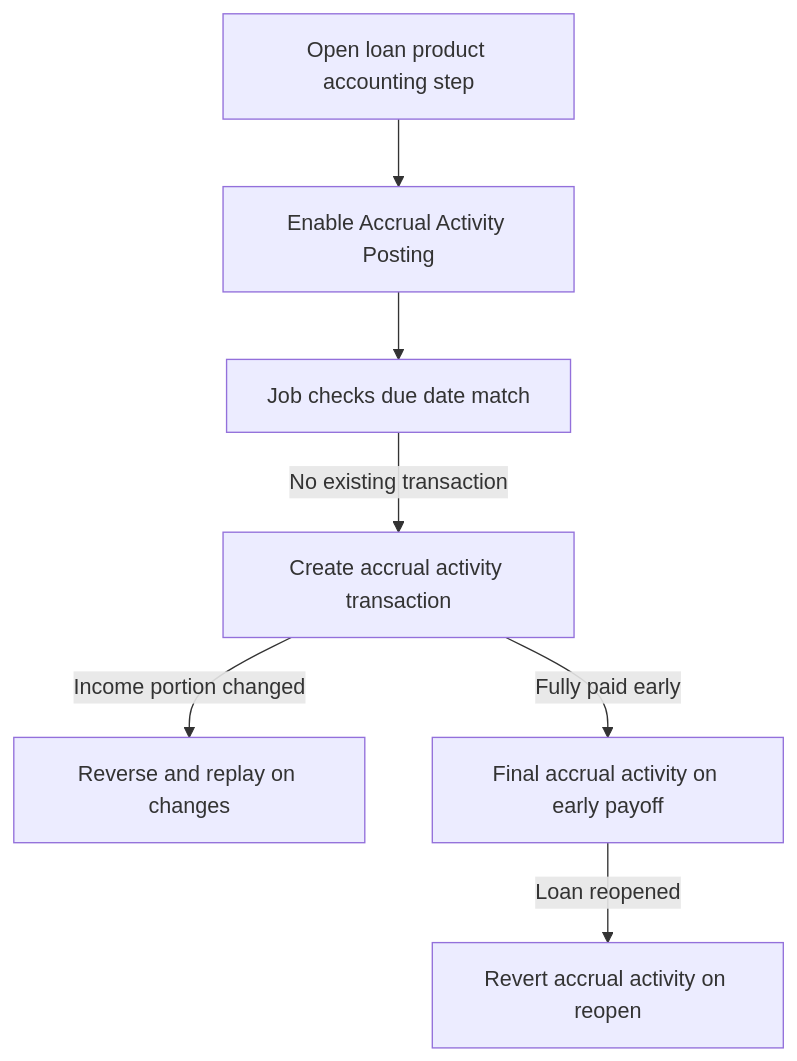
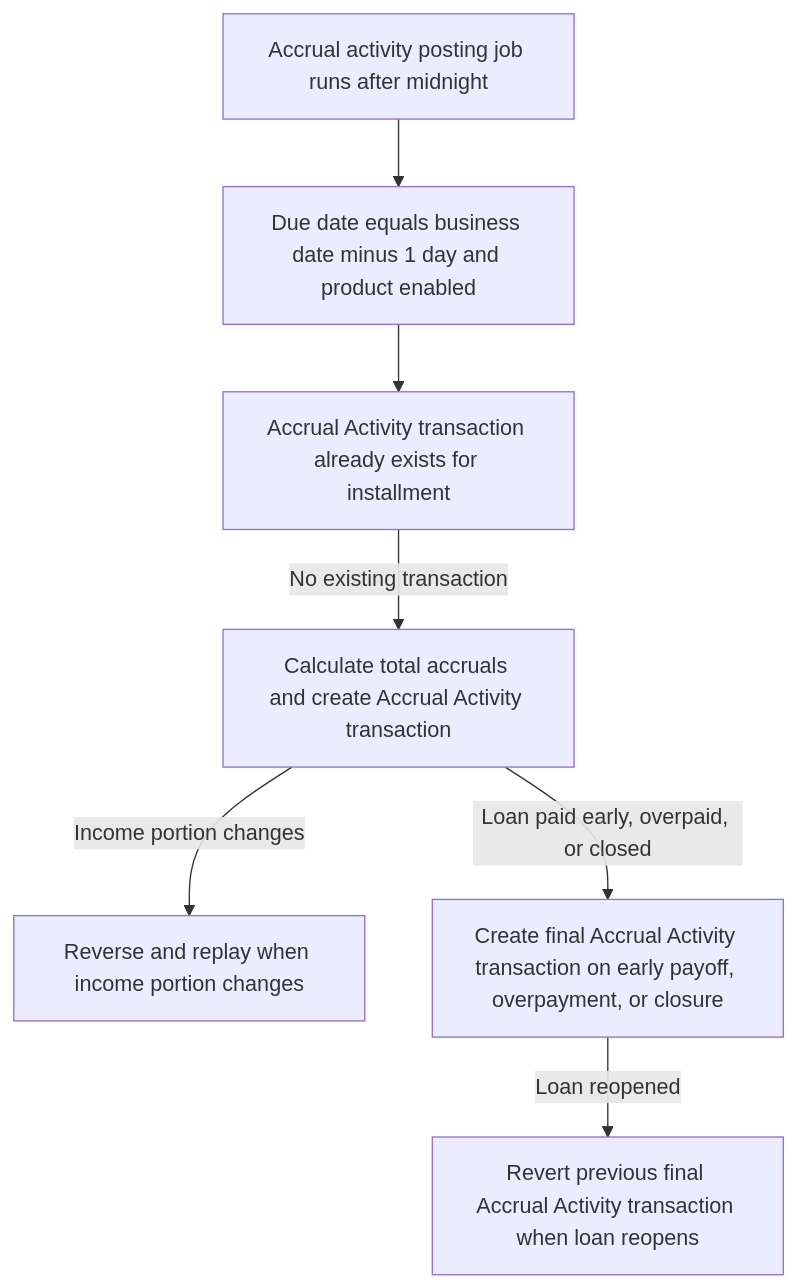
One commit to Mohit-Davar/pepper-soup changed the first of 2 diagrams in docs/gitbook/user/interest/accruals.md. Above: the diagram before and after it, drawn with Mermaid. The commit also changed other lines of this file and 1071 other files, not shown here.

````diff
--- a/docs/gitbook/user/interest/accruals.md
+++ b/docs/gitbook/user/interest/accruals.md
@@ -178,16 +117,16 @@
 ```mermaid
 flowchart TD
-  n1["Open loan product accounting step"]
-  n2["Enable Accrual Activity Posting"]
-  n3["Job checks due date match"]
-  n4["Create accrual activity transaction"]
-  n5["Reverse and replay on changes"]
-  n6["Final accrual activity on early payoff"]
-  n7["Revert accrual activity on reopen"]
+  n1["Accrual activity posting job runs after midnight"]
+  n2["Due date equals business date minus 1 day and product enabled"]
+  n3["Accrual Activity transaction already exists for installment"]
+  n4["Calculate total accruals and create Accrual Activity transaction"]
+  n5["Reverse and replay when income portion changes"]
+  n6["Create final Accrual Activity transaction on early payoff, overpayment, or closure"]
+  n7["Revert previous final Accrual Activity transaction when loan reopens"]
   n1 --> n2
   n2 --> n3
   n3 -->|"No existing transaction"| n4
-  n4 -->|"Income portion changed"| n5
-  n4 -->|"Fully paid early"| n6
+  n4 -->|"Income portion changes"| n5
+  n4 -->|"Loan paid early, overpaid, or closed"| n6
   n6 -->|"Loan reopened"| n7
 ```
````
